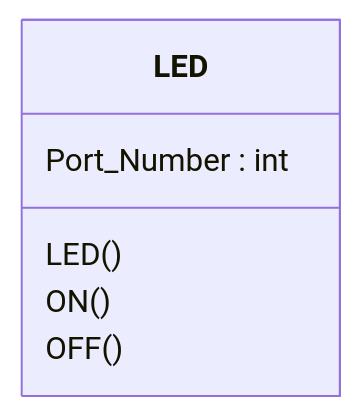
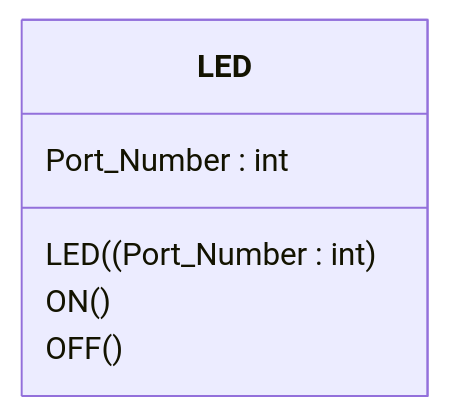
The diagram in README.md (koson/ST67-Lab04-ESP32-LED-Component), drawn with Mermaid before and after one commit.

````diff
--- a/README.md
+++ b/README.md
@@ -7,9 +7,9 @@
 ```mermaid
 classDiagram
 class LED {
   Port_Number : int
-  LED()  
+  LED((Port_Number : int)  
   ON()
   OFF()
 }
 ```
````
